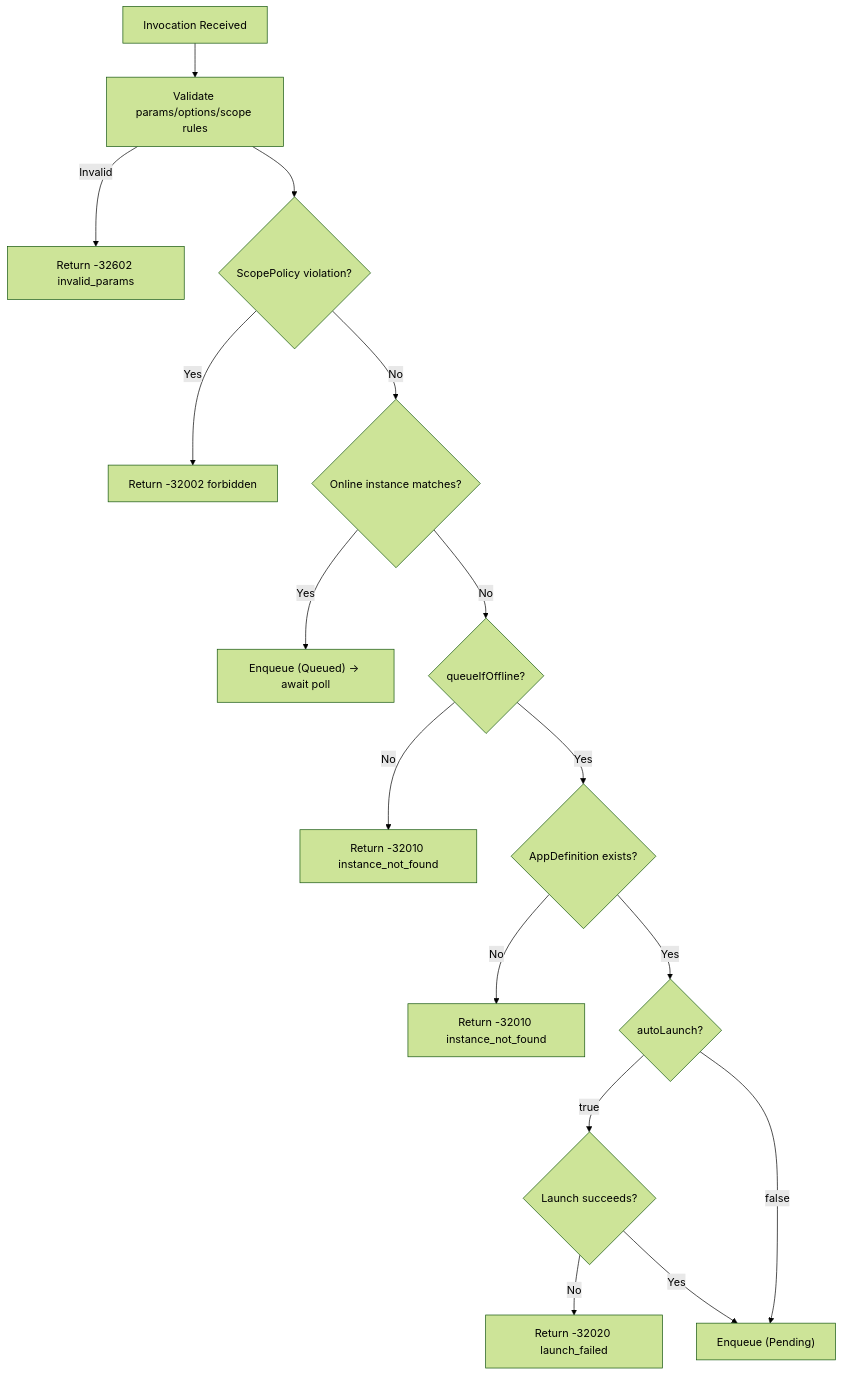
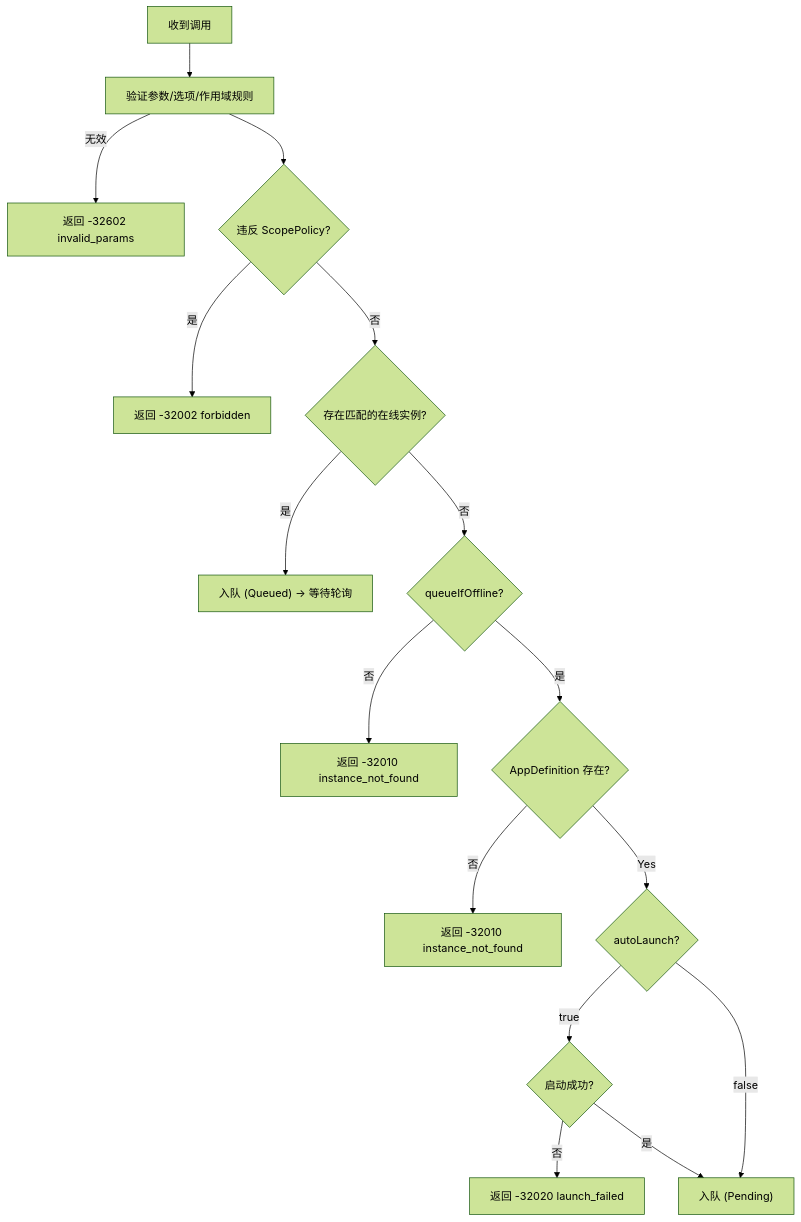
One commit to SolarianZ/DevHub changed the second of 3 diagrams in docs/Spec.md. Above: the diagram before and after it, drawn with Mermaid (forest theme). The commit also changed other lines of this file, not shown here.

````diff
--- a/docs/Spec.md
+++ b/docs/Spec.md
@@ -803,18 +811,18 @@
 ```mermaid
 flowchart TD
-    A[Invocation Received] --> B[Validate params/options/scope rules]
-    B -->|Invalid| X[Return -32602 invalid_params]
-    B --> C{ScopePolicy violation?}
-    C -->|Yes| D[Return -32002 forbidden]
-    C -->|No| E{Online instance matches?}
-    E -->|Yes| F["Enqueue (Queued) → await poll"]
-    E -->|No| G{queueIfOffline?}
-    G -->|No| H[Return -32010 instance_not_found]
-    G -->|Yes| CheckDef{AppDefinition exists?}
-    CheckDef -->|No| H2[Return -32010 instance_not_found]
+    A[收到调用] --> B[验证参数/选项/作用域规则]
+    B -->|无效| X[返回 -32602 invalid_params]
+    B --> C{违反 ScopePolicy?}
+    C -->|是| D[返回 -32002 forbidden]
+    C -->|否| E{存在匹配的在线实例?}
+    E -->|是| F["入队 (Queued) → 等待轮询"]
+    E -->|否| G{queueIfOffline?}
+    G -->|否| H[返回 -32010 instance_not_found]
+    G -->|是| CheckDef{AppDefinition 存在?}
+    CheckDef -->|否| H2[返回 -32010 instance_not_found]
     CheckDef -->|Yes| I{autoLaunch?}
-    I -->|true| L{Launch succeeds?}
-    L -->|No| M[Return -32020 launch_failed]
-    L -->|Yes| N["Enqueue (Pending)"]
-    I -->|false| N["Enqueue (Pending)"]
+    I -->|true| L{启动成功?}
+    L -->|否| M[返回 -32020 launch_failed]
+    L -->|是| N["入队 (Pending)"]
+    I -->|false| N["入队 (Pending)"]
 ```
````
